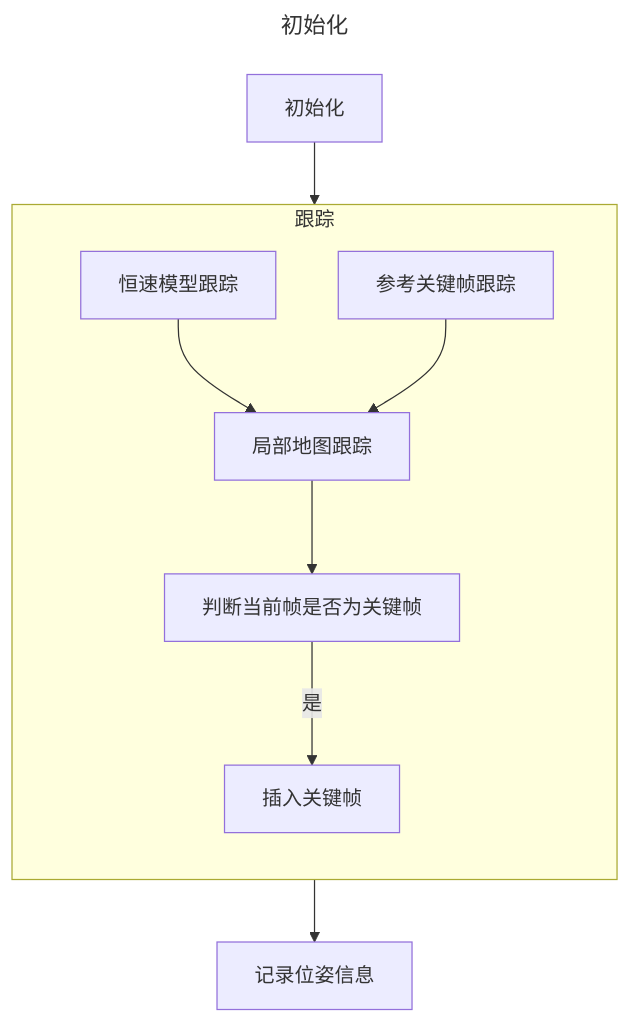
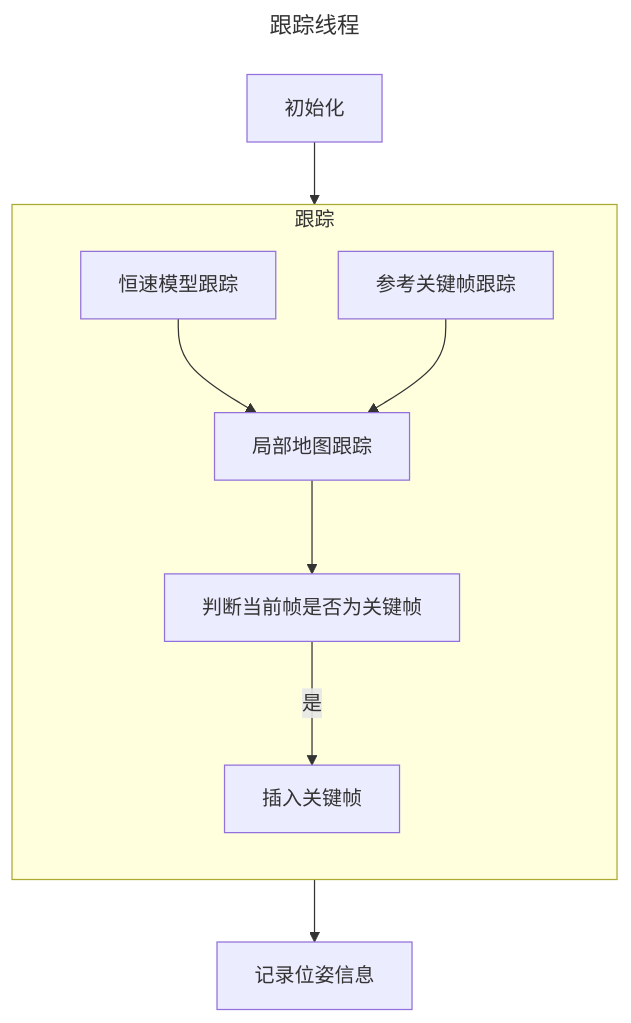
One commit to renwuli/renwuli.github.io changed the first of 6 diagrams in _posts/2023-04-10-ORBSLAM3-All-in-One.md. Above: the diagram before and after it, drawn with Mermaid. The commit also changed 1 other file, not shown here.

Commit message:
update mermaid config

```diff
--- a/_posts/2023-04-10-ORBSLAM3-All-in-One.md
+++ b/_posts/2023-04-10-ORBSLAM3-All-in-One.md
@@ -112,13 +112,13 @@
 {% mermaid %}
 ---
-title: 初始化
+title: 跟踪线程
 ---
 flowchart TB
     初始化 --> 跟踪 --> 记录位姿信息
     subgraph 跟踪
         direction TB
         恒速模型跟踪 --> 局部地图跟踪
         参考关键帧跟踪 --> 局部地图跟踪
         局部地图跟踪 --> 判断当前帧是否为关键帧 -- 是 --> 插入关键帧
     end
 {% endmermaid %}
```
